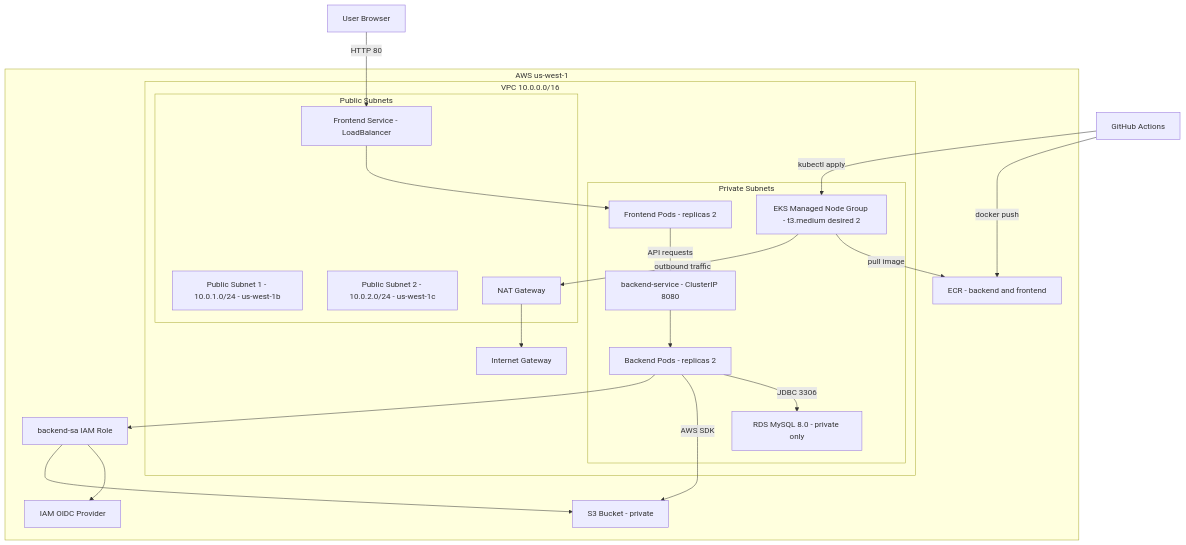
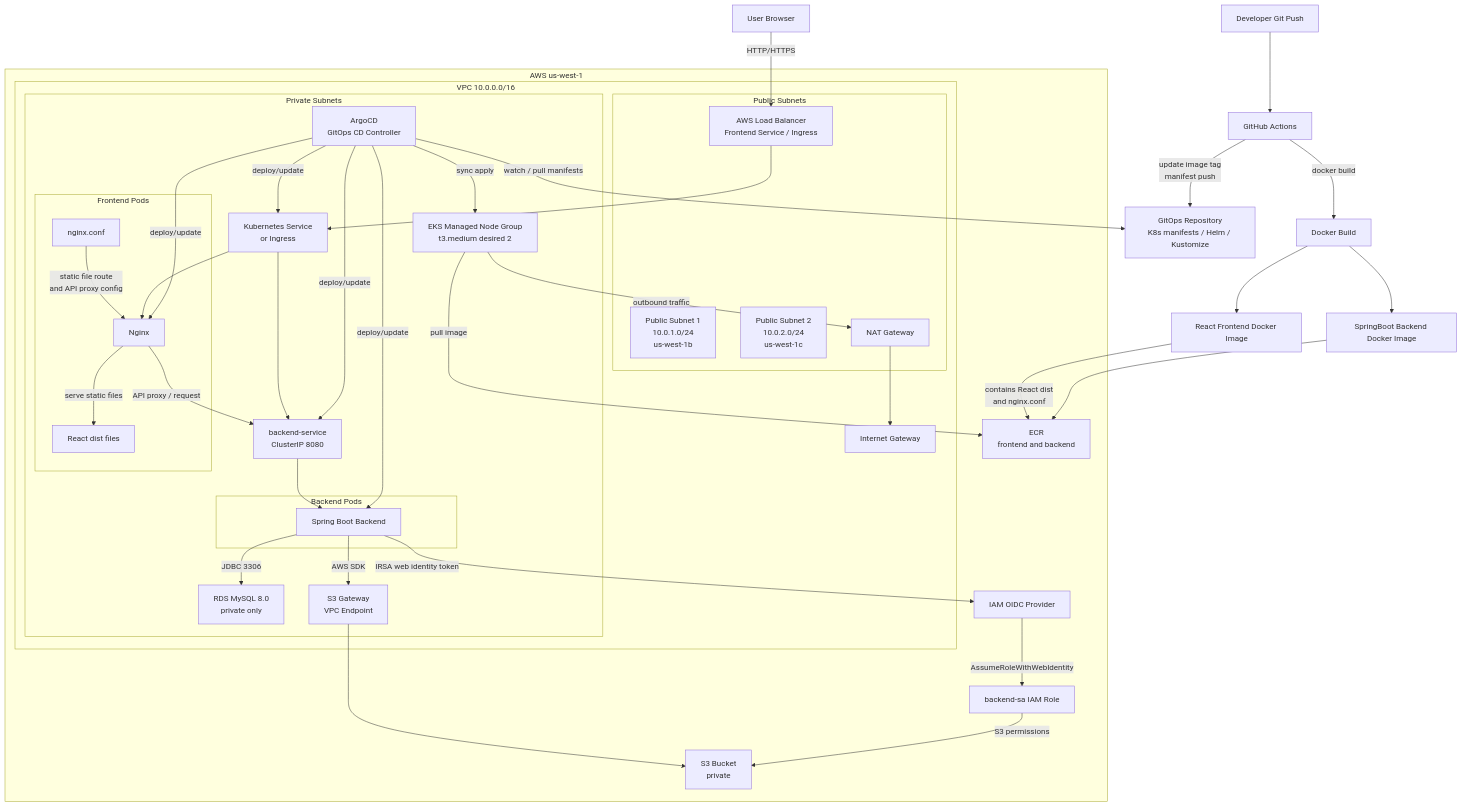
The first of 4 diagrams in README.md (mmije0ng/Rookies_Terraform-k8s-BE), drawn with Mermaid before and after one commit. The commit also changed other lines of this file, not shown here.

Commit message:
docs: update ArgoCD architecture documentation
- Added ArgoCD GitOps architecture overview and desired/live state flow

- Updated AWS infrastructure diagram with frontend, backend, ECR, S3, and IRSA flows

- Documented CI/CD flow from GitHub Actions image builds to GitOps manifest sync

- Clarified frontend Nginx routing, backend service, S3 VPC endpoint, and IRSA role usage

- Removed leftover README merge conflict markers

````diff
--- a/README.md
+++ b/README.md
@@ -52,46 +75,129 @@
 ```mermaid
 flowchart TB
-  user["User Browser"]
-  gh["GitHub Actions"]
+    users["User Browser"]
 
-  subgraph aws["AWS us-west-1"]
-    subgraph vpc["VPC 10.0.0.0/16"]
-      igw["Internet Gateway"]
+    dev["Developer Git Push"]
+    gh["GitHub Actions"]
+    repo["GitOps Repository<br/>K8s manifests / Helm / Kustomize"]
 
-      subgraph publicSubnets["Public Subnets"]
-        pub1["Public Subnet 1 - 10.0.1.0/24 - us-west-1b"]
-        pub2["Public Subnet 2 - 10.0.2.0/24 - us-west-1c"]
-        nat["NAT Gateway"]
-        nlb["Frontend Service - LoadBalancer"]
-      end
+    subgraph aws["AWS us-west-1"]
 
-      subgraph privateSubnets["Private Subnets"]
-        nodes["EKS Managed Node Group - t3.medium desired 2"]
-        fe["Frontend Pods - replicas 2"]
-        be["Backend Pods - replicas 2"]
-        besvc["backend-service - ClusterIP 8080"]
-        rds["RDS MySQL 8.0 - private only"]
-      end
+        subgraph vpc["VPC 10.0.0.0/16"]
+
+            igw["Internet Gateway"]
+
+            subgraph publicSubnets["Public Subnets"]
+
+                pub1["Public Subnet 1<br/>10.0.1.0/24<br/>us-west-1b"]
+
+                pub2["Public Subnet 2<br/>10.0.2.0/24<br/>us-west-1c"]
+
+                nat["NAT Gateway"]
+
+                lb["AWS Load Balancer<br/>Frontend Service / Ingress"]
+
+            end
+
+            subgraph privateSubnets["Private Subnets"]
+
+                nodes["EKS Managed Node Group<br/>t3.medium desired 2"]
+
+                argocd["ArgoCD<br/>GitOps CD Controller"]
+
+                svc["Kubernetes Service<br/>or Ingress"]
+
+                besvc["backend-service<br/>ClusterIP 8080"]
+
+                subgraph frontendPod["Frontend Pods"]
+
+                    nginx["Nginx"]
+
+                    dist["React dist files"]
+
+                    nginxConf["nginx.conf"]
+
+                    nginx -->|"serve static files"| dist
+
+                    nginxConf -->|"static file route<br/>and API proxy config"| nginx
+
+                end
+
+                subgraph backendPod["Backend Pods"]
+
+                    backend["Spring Boot Backend"]
+
+                end
+
+                rds["RDS MySQL 8.0<br/>private only"]
+
+                s3vpce["S3 Gateway<br/>VPC Endpoint"]
+
+            end
+        end
+
+        ecr["ECR<br/>frontend and backend"]
+
+        s3["S3 Bucket<br/>private"]
+
+        oidc["IAM OIDC Provider"]
+
+        role["backend-sa IAM Role"]
+
     end
 
-    ecr["ECR - backend and frontend"]
-    s3["S3 Bucket - private"]
-    oidc["IAM OIDC Provider"]
-    role["backend-sa IAM Role"]
-  end
+    users -->|"HTTP/HTTPS"| lb
 
-  user -->|"HTTP 80"| nlb
-  nlb --> fe
-  fe -->|"API requests"| besvc
-  besvc --> be
-  be -->|"JDBC 3306"| rds
-  be -->|"AWS SDK"| s3
-  be --> role
-  role --> oidc
-  role --> s3
-  gh -->|"docker push"| ecr
-  gh -->|"kubectl apply"| nodes
-  nodes -->|"pull image"| ecr
-  nodes -->|"outbound traffic"| nat
-  nat --> igw
+    lb --> svc
+
+    svc --> nginx
+
+    svc --> besvc
+
+    nginx -->|"API proxy / request"| besvc
+
+    besvc --> backend
+
+    backend -->|"JDBC 3306"| rds
+
+    backend -->|"AWS SDK"| s3vpce
+
+    s3vpce --> s3
+
+    backend -->|"IRSA web identity token"| oidc
+
+    oidc -->|"AssumeRoleWithWebIdentity"| role
+
+    role -->|"S3 permissions"| s3
+
+    dev --> gh
+
+    gh -->|"docker build"| build["Docker Build"]
+
+    build --> frontendImage["React Frontend Docker Image"]
+
+    build --> backendImage["SpringBoot Backend Docker Image"]
+
+    frontendImage -->|"contains React dist<br/>and nginx.conf"| ecr
+
+    backendImage --> ecr
+
+    gh -->|"update image tag<br/>manifest push"| repo
+
+    argocd -->|"watch / pull manifests"| repo
+
+    argocd -->|"sync apply"| nodes
+
+    argocd -->|"deploy/update"| svc
+
+    argocd -->|"deploy/update"| nginx
+
+    argocd -->|"deploy/update"| backend
+
+    argocd -->|"deploy/update"| besvc
+
+    nodes -->|"pull image"| ecr
+
+    nodes -->|"outbound traffic"| nat
+
+    nat --> igw
 ```
````
